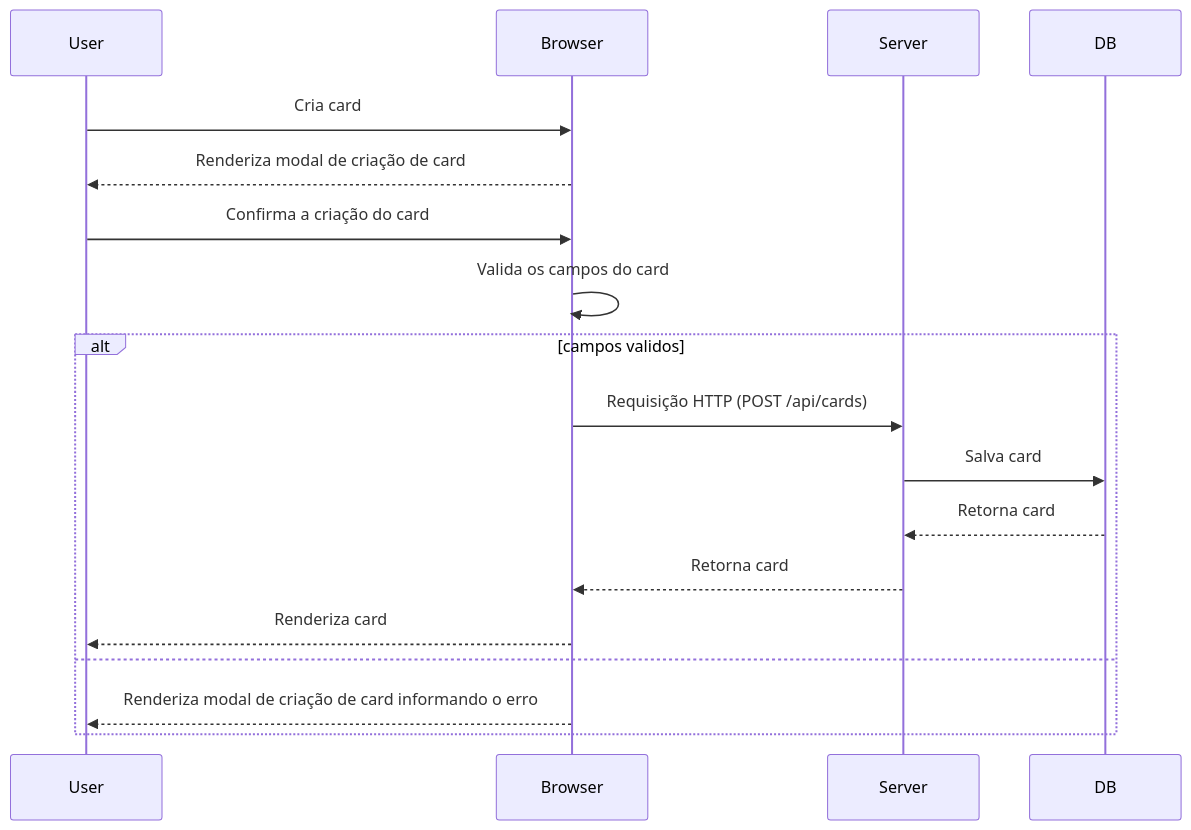
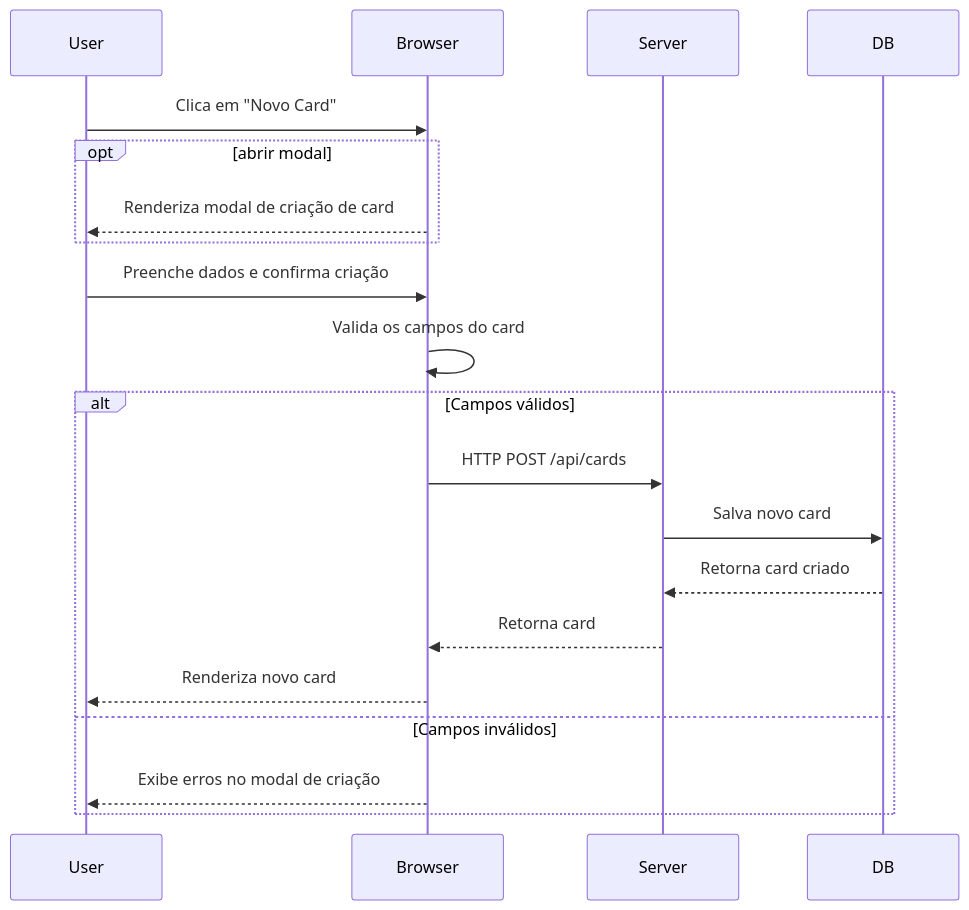
Before and after one commit to WallaceBarrosDev/My-Kanban-bord: the second of 5 diagrams in docs/Modelagem-de-requisitos.md, drawn with Mermaid. The commit also changed other lines of this file and 1 other file, not shown here.

````diff
--- a/docs/Modelagem-de-requisitos.md
+++ b/docs/Modelagem-de-requisitos.md
@@ -27,21 +36,24 @@
 ```mermaid
 sequenceDiagram
 participant User
 participant Browser
 participant Server
 participant DB
 
-User->>Browser: Cria card
+User->>Browser: Clica em "Novo Card"
+opt abrir modal
 Browser-->>User: Renderiza modal de criação de card
-User->>Browser: Confirma a criação do card
+end
+
+User->>Browser: Preenche dados e confirma criação
 Browser->>Browser: Valida os campos do card
-alt campos validos
-Browser->>Server: Requisição HTTP (POST /api/cards)
-Server->>DB: Salva card
-DB-->>Server: Retorna card
+alt Campos válidos
+Browser->>Server: HTTP POST /api/cards
+Server->>DB: Salva novo card
+DB-->>Server: Retorna card criado
 Server-->>Browser: Retorna card
-Browser-->>User: Renderiza card
-else
-Browser-->>User: Renderiza modal de criação de card informando o erro
+Browser-->>User: Renderiza novo card
+else Campos inválidos
+Browser-->>User: Exibe erros no modal de criação
 end
 ```
````
